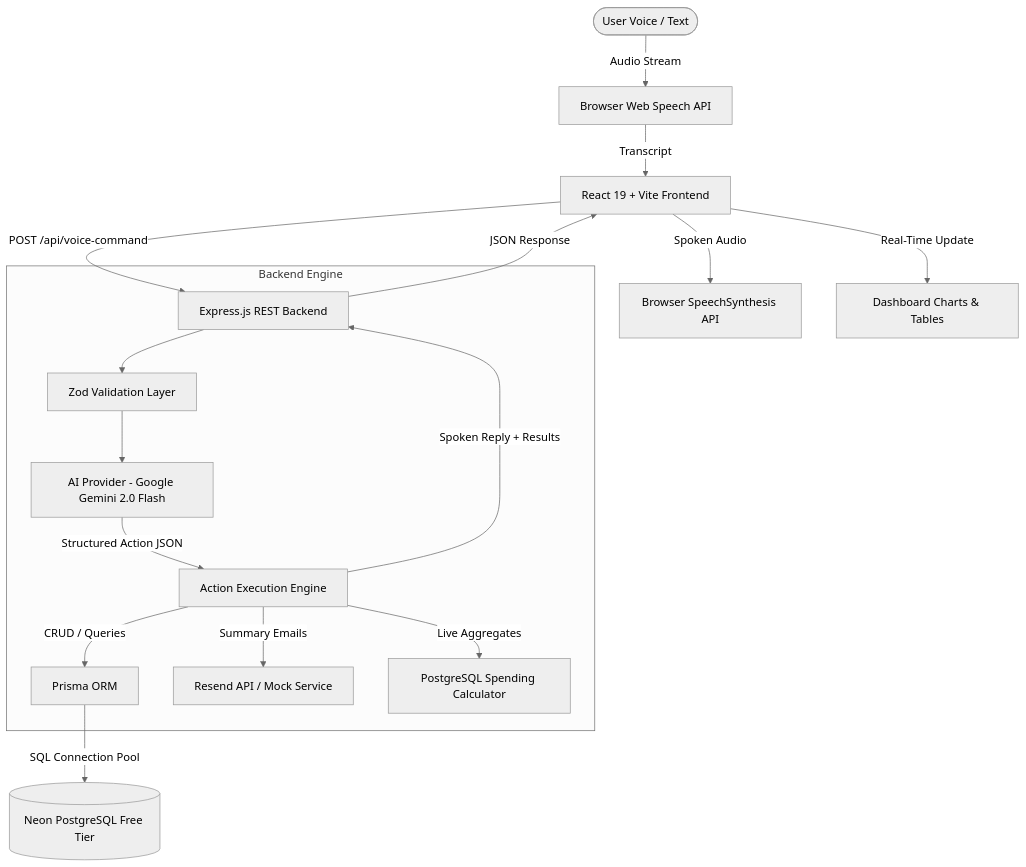
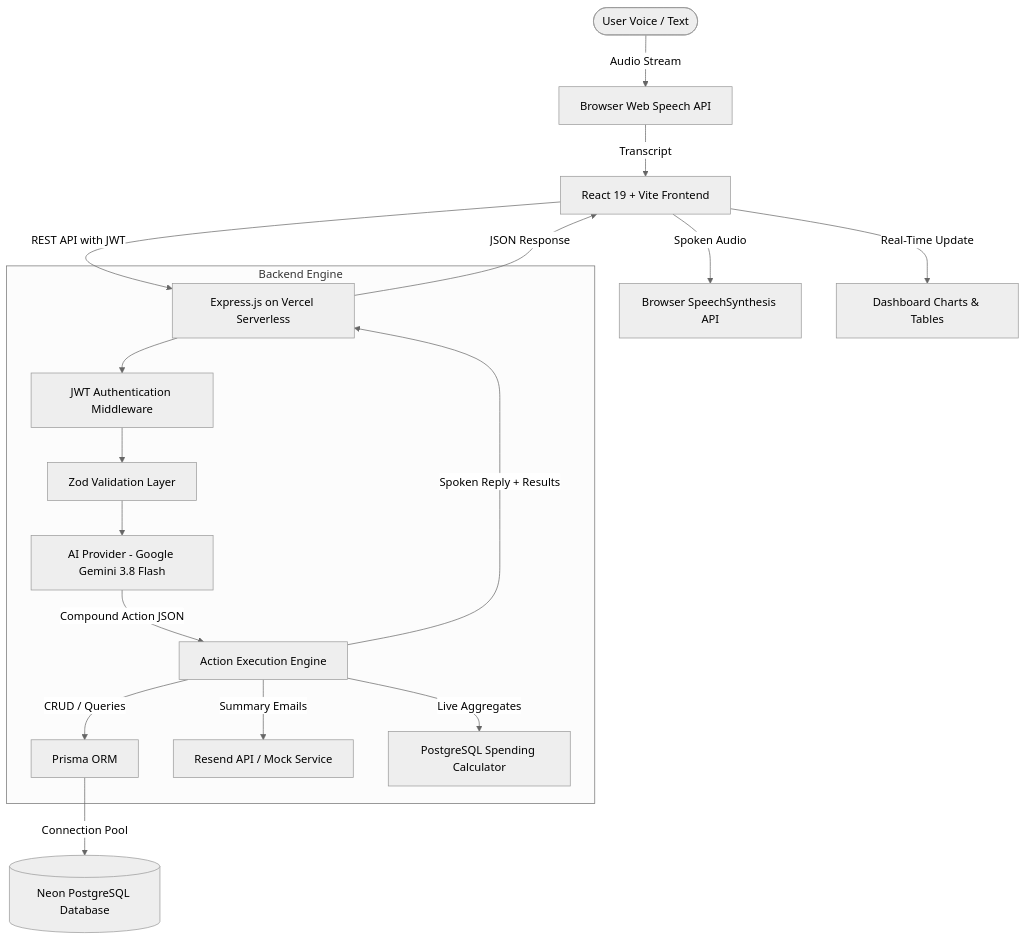
The first of 2 diagrams in README.md (Abhijeetkv/VoiceLedger), drawn with Mermaid (neutral theme) before and after one commit. The commit also changed other lines of this file and 2 other files, not shown here.

````diff
--- a/README.md
+++ b/README.md
@@ -38,23 +39,24 @@
 ```mermaid
 graph TD
     User([User Voice / Text]) -->|Audio Stream| BrowserSpeech[Browser Web Speech API]
     BrowserSpeech -->|Transcript| ReactClient[React 19 + Vite Frontend]
-    ReactClient -->|POST /api/voice-command| ExpressServer[Express.js REST Backend]
+    ReactClient -->|REST API with JWT| ExpressServer[Express.js on Vercel Serverless]
     
     subgraph Backend Engine
-        ExpressServer --> ZodVal[Zod Validation Layer]
-        ZodVal --> AIService[AI Provider - Google Gemini 2.0 Flash]
-        AIService -->|Structured Action JSON| ActionExec[Action Execution Engine]
+        ExpressServer --> AuthMid[JWT Authentication Middleware]
+        AuthMid --> ZodVal[Zod Validation Layer]
+        ZodVal --> AIService[AI Provider - Google Gemini 3.8 Flash]
+        AIService -->|Compound Action JSON| ActionExec[Action Execution Engine]
         
         ActionExec -->|CRUD / Queries| PrismaClient[Prisma ORM]
         ActionExec -->|Summary Emails| ResendEmail[Resend API / Mock Service]
         ActionExec -->|Live Aggregates| AnalyticsEngine[PostgreSQL Spending Calculator]
     end
     
-    PrismaClient -->|SQL Connection Pool| NeonDB[(Neon PostgreSQL Free Tier)]
+    PrismaClient -->|Connection Pool| NeonDB[(Neon PostgreSQL Database)]
     
     ActionExec -->|Spoken Reply + Results| ExpressServer
     ExpressServer -->|JSON Response| ReactClient
     ReactClient -->|Spoken Audio| SpeechSynth[Browser SpeechSynthesis API]
     ReactClient -->|Real-Time Update| DashboardUI[Dashboard Charts & Tables]
 ```
````
